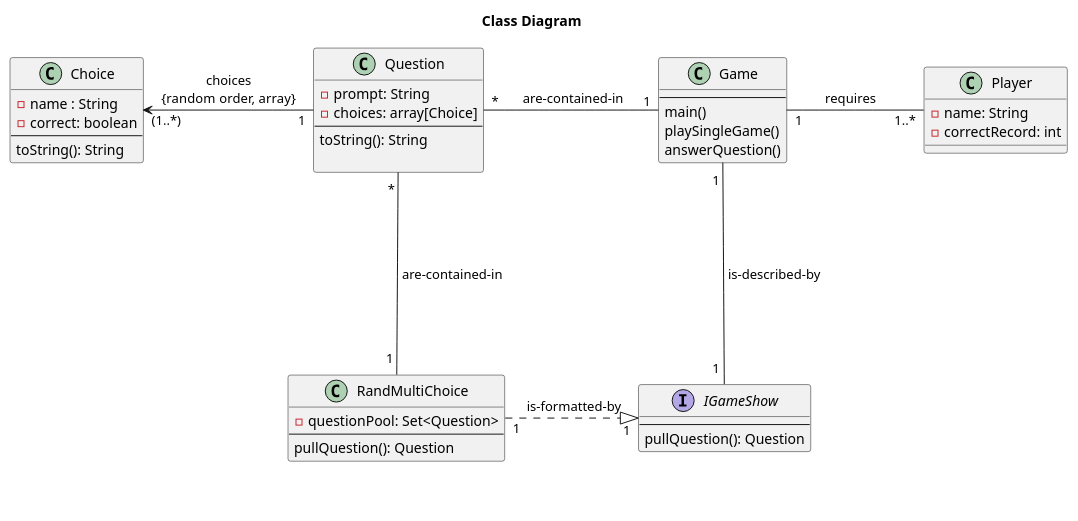
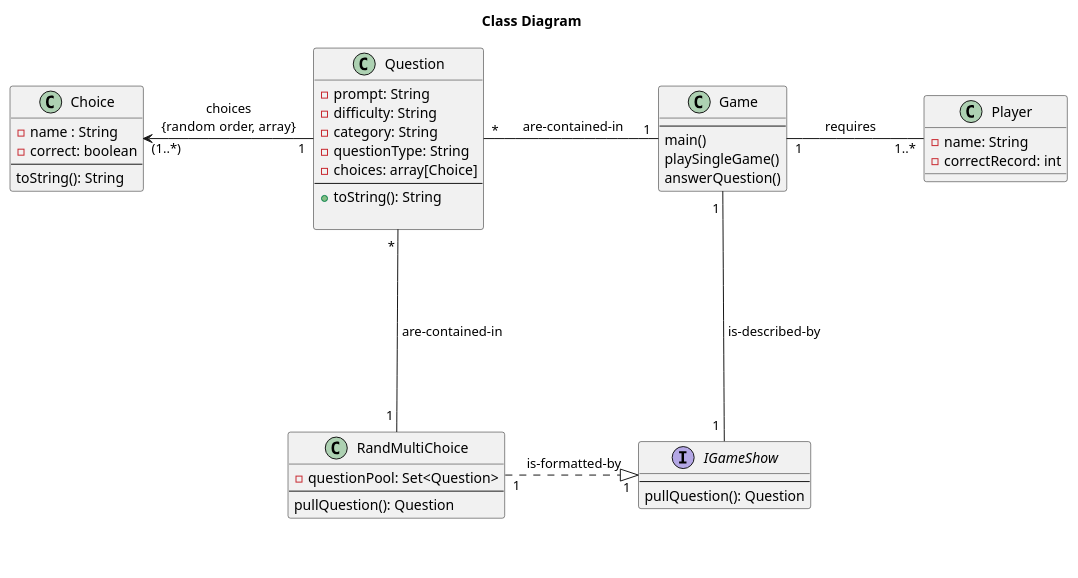
One commit to aczar09/Trivia-Game-Android changed the first of 4 diagrams in doc/design.md. Above: the diagram before and after it, drawn with PlantUML.

Commit message:
Made slight adjustment to design class diagram

````diff
--- a/doc/design.md
+++ b/doc/design.md
@@ -12,43 +12,46 @@
 ```plantuml
 title Class Diagram
 ' classes
 'skinparam classAttributeIconSize 0 
 class Game{
 --
 main()
 playSingleGame()
 answerQuestion()
 }
 class Question{
     -prompt: String
+    -difficulty: String
+    -category: String
+    -questionType: String
     -choices: array[Choice]
     --
-    toString(): String
+    +toString(): String
     
 }
 class Choice{
     -name : String
     -correct: boolean
     --
     toString(): String
 }
 class Player{
 -name: String
 -correctRecord: int
 }
 interface IGameShow{
 --
     pullQuestion(): Question
 }
 Game "1" ---left-- "*" Question : "      are-contained-in     "
 Question "\t1" -left-->"(1..*)" Choice:choices\n{random order, array}
 Game "1\t" --right-- "1..*" Player: "      requires         "
 Game "1 " -down- " 1 " IGameShow: " is-described-by"
 class RandMultiChoice{
     -questionPool: Set<Question>
     --
     pullQuestion(): Question
 }
 IGameShow"\t   1\n\n\n\n" <|..left.."1\t" RandMultiChoice:" is-formatted-by"
 RandMultiChoice "1 "--up-- " * " Question: " are-contained-in"
 ```
````
